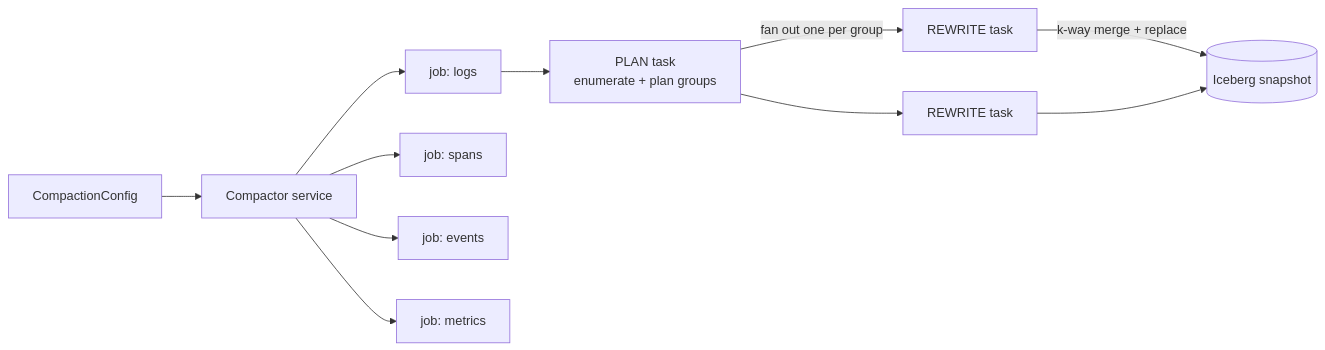
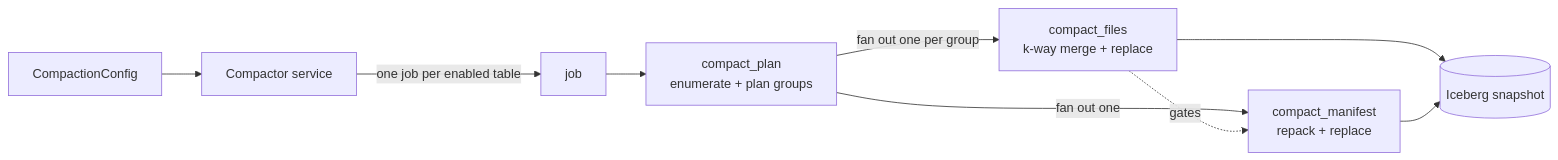
One commit to icegatetech/icegate changed the diagram in crates/icegate-maintain/src/compact/README.md. Above: the diagram before and after it, drawn with Mermaid. The commit also changed other lines of this file and 32 other files, not shown here.

````diff
--- a/crates/icegate-maintain/src/compact/README.md
+++ b/crates/icegate-maintain/src/compact/README.md
@@ -19,13 +34,11 @@
 ```mermaid
 flowchart LR
     CFG[CompactionConfig] --> CMP[Compactor service]
-    CMP --> J1[job: logs]
-    CMP --> J2[job: spans]
-    CMP --> J3[job: events]
-    CMP --> J4[job: metrics]
-    J1 --> P[PLAN task<br/>enumerate + plan groups]
-    P -->|fan out one per group| R1[REWRITE task]
-    P --> R2[REWRITE task]
-    R1 -->|k-way merge + replace| IC[(Iceberg snapshot)]
-    R2 --> IC
+    CMP -->|one job per enabled table| J[job]
+    J --> P[compact_plan<br/>enumerate + plan groups]
+    P -->|fan out one per group| R[compact_files<br/>k-way merge + replace]
+    P -->|fan out one| M[compact_manifest<br/>repack + replace]
+    R -.->|gates| M
+    R --> IC[(Iceberg snapshot)]
+    M --> IC
 ```
````
